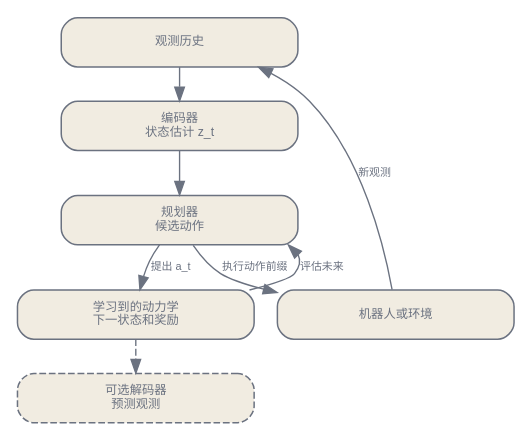
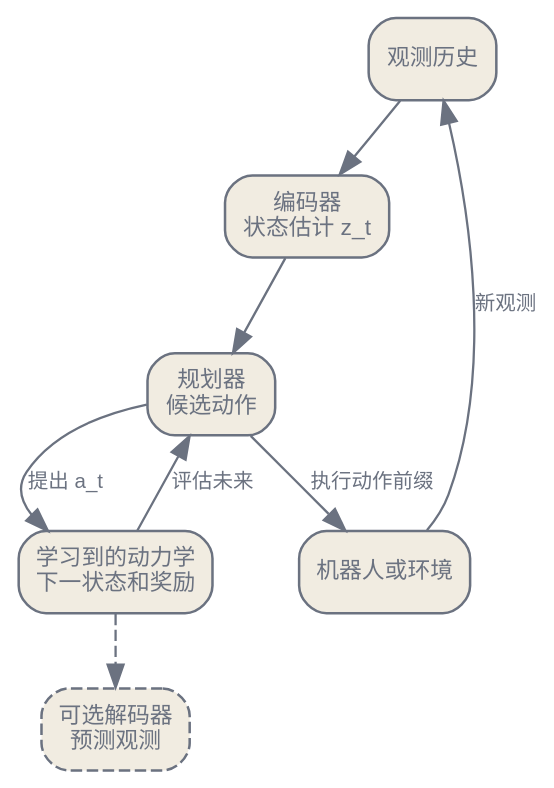
One commit to latere-ai/ai-as-an-infrastructure changed the first of 2 diagrams in zh/generative/05-beyond-text.qmd. Above: the diagram before and after it, drawn with Graphviz. The commit also changed other lines of this file and 6 other files, not shown here.

Commit message:
generative: world-model and embodied data loops share one layout in both languages, control-target chart removed

````diff
--- a/zh/generative/05-beyond-text.qmd
+++ b/zh/generative/05-beyond-text.qmd
@@ -52,25 +52,24 @@
 ```{dot}
 //| label: fig-world-model-loop
 //| fig-cap: "基于模型的控制循环。编码器从观测历史估计状态，学习到的动力学预测候选动作的后果，规划器评估候选未来，只执行一个动作或一小段动作前缀，再读取真实结果并重新规划。把预测状态解码为像素并不是必要步骤。"
 digraph {
   bgcolor="transparent";
   rankdir=TB;
-  size="3.1,9.0";
-  ratio=compress;
-  nodesep=0.24; ranksep=0.34;
-  node [shape=box, style="rounded,filled", width=2.4, fontname="Helvetica", fontsize=9, color="#6b7280", fontcolor="#6b7280", fillcolor="#f1ece1", penwidth=1.1];
-  edge [fontsize=8, fontname="Helvetica", color="#6b7280", fontcolor="#6b7280"];
+  nodesep=0.35; ranksep=0.45;
+  node [shape=box, style="rounded,filled", fontname="Helvetica", fontsize=10, color="#6b7280", fontcolor="#6b7280", fillcolor="#f1ece1", penwidth=1.1];
+  edge [fontsize=9, fontname="Helvetica", color="#6b7280", fontcolor="#6b7280"];
   observation [label="观测历史"];
   encoder [label="编码器\n状态估计 z_t"];
   planner [label="规划器\n候选动作"];
   dynamics [label="学习到的动力学\n下一状态和奖励"];
   executor [label="机器人或环境"];
   decoder [label="可选解码器\n预测观测", style="rounded,filled,dashed"];
-  observation -> encoder -> planner;
+  observation -> encoder;
+  encoder -> planner;
   planner -> dynamics [label="提出 a_t"];
-  dynamics -> planner [label="评估未来", constraint=false];
+  dynamics -> planner [label="评估未来"];
   planner -> executor [label="执行动作前缀"];
-  executor -> observation [label="新观测", constraint=false];
+  executor -> observation [label="新观测"];
   dynamics -> decoder [style=dashed];
 }
 ```
````
